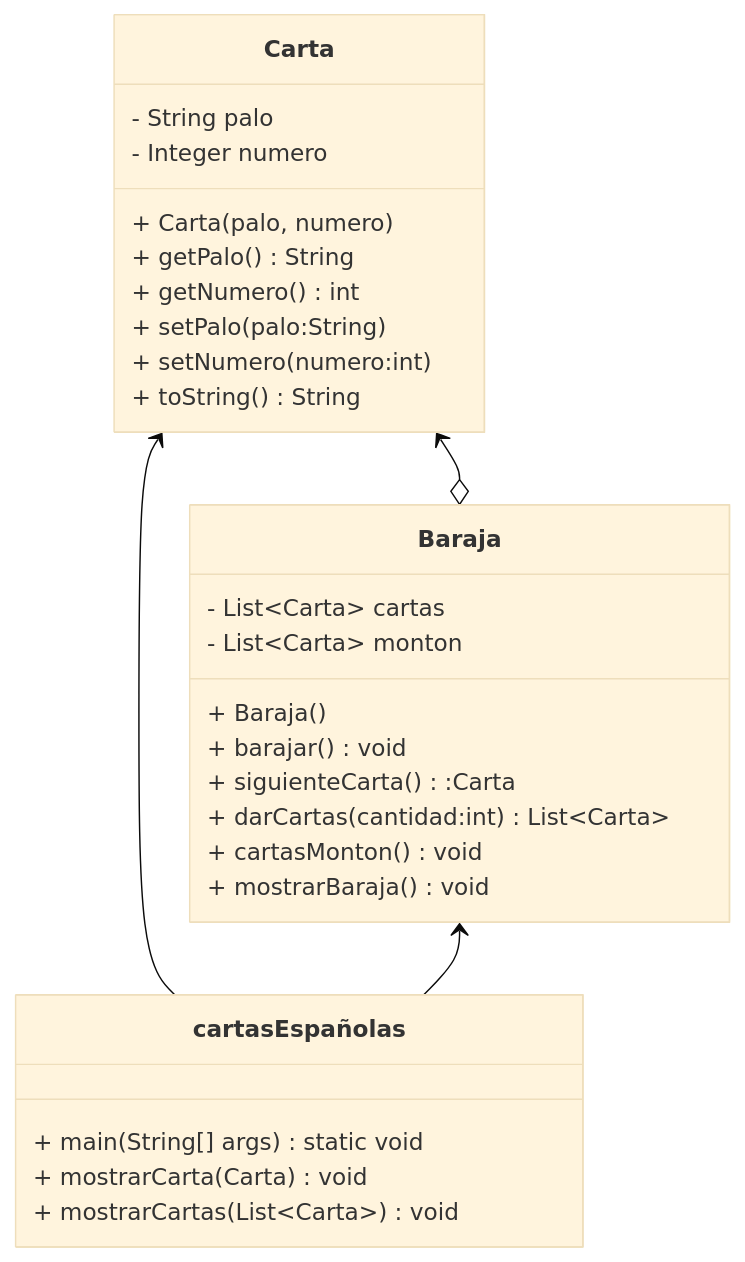
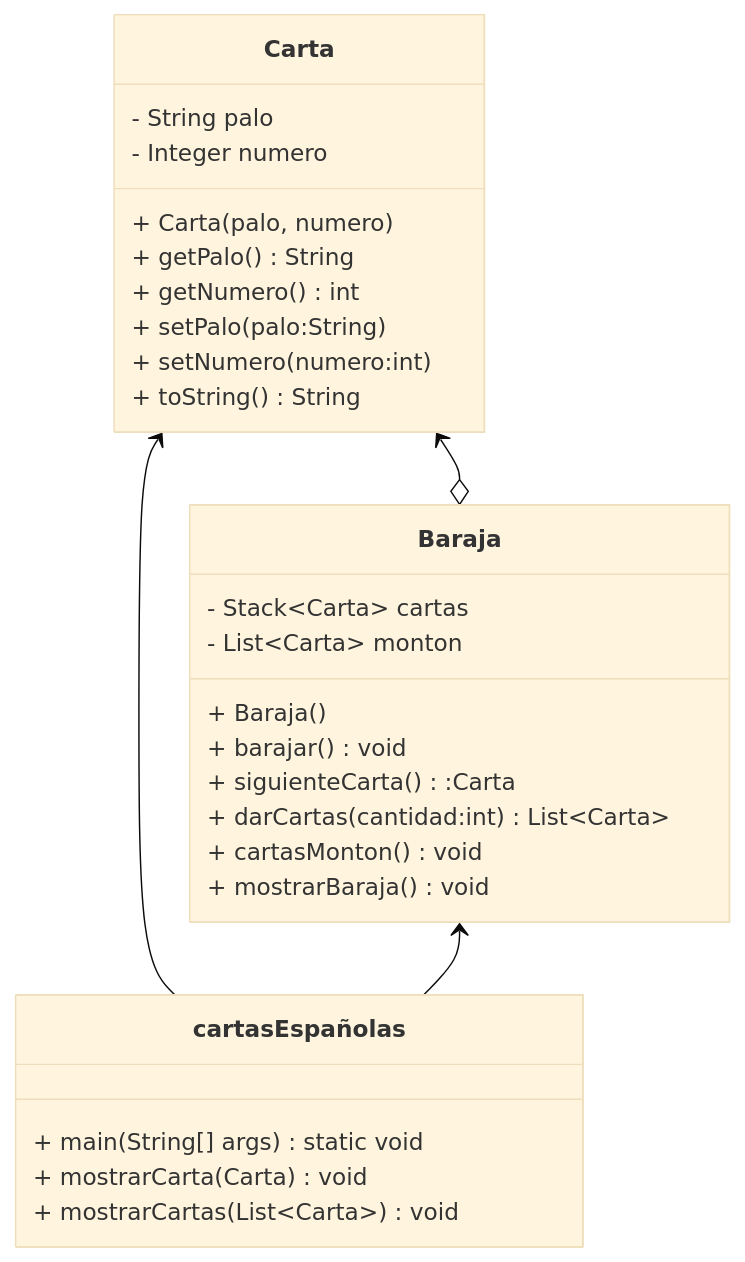
One commit to HollmannCod3/Actividad-aulica-1 changed the diagram in uml-class-diagram.md. Above: the diagram before and after it, drawn with Mermaid (base theme). The commit also changed 1 other file, not shown here.

Commit message:
Cambia la lista por un stack
Se cambia la Baraja para utilizar un stack

````diff
--- a/uml-class-diagram.md
+++ b/uml-class-diagram.md
@@ -1,37 +1,37 @@
 ```mermaid
 classDiagram
     class Carta{
         - String palo
         - Integer numero
         + Carta(palo, numero)
         + getPalo() String
         + getNumero() int
         + setPalo(palo:String)
         + setNumero(numero:int)
         + toString()String
     }
 
     class Baraja {
-        - List~Carta~ cartas
+        - Stack~Carta~ cartas
         - List~Carta~ monton
         + Baraja()
         + barajar() void
         + siguienteCarta():Carta
         + darCartas(cantidad:int) List~Carta~
         + cartasMonton() void
         + mostrarBaraja() void
 
     }
     Carta <--o Baraja
     Carta <-- cartasEspañolas
     Baraja <-- cartasEspañolas
 
 
 
     class cartasEspañolas{
         + main(String[] args) static void
 
         + mostrarCarta(Carta) void
         + mostrarCartas(List~Carta~) void
     }
 ```
````
